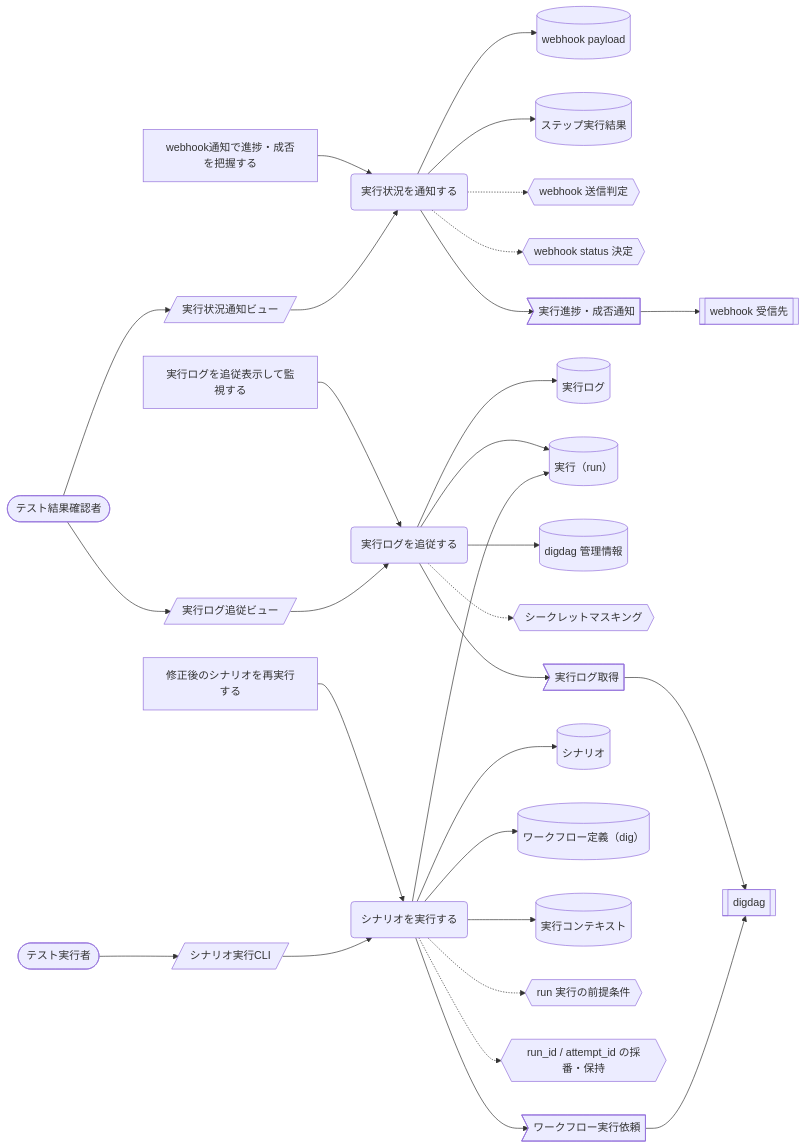
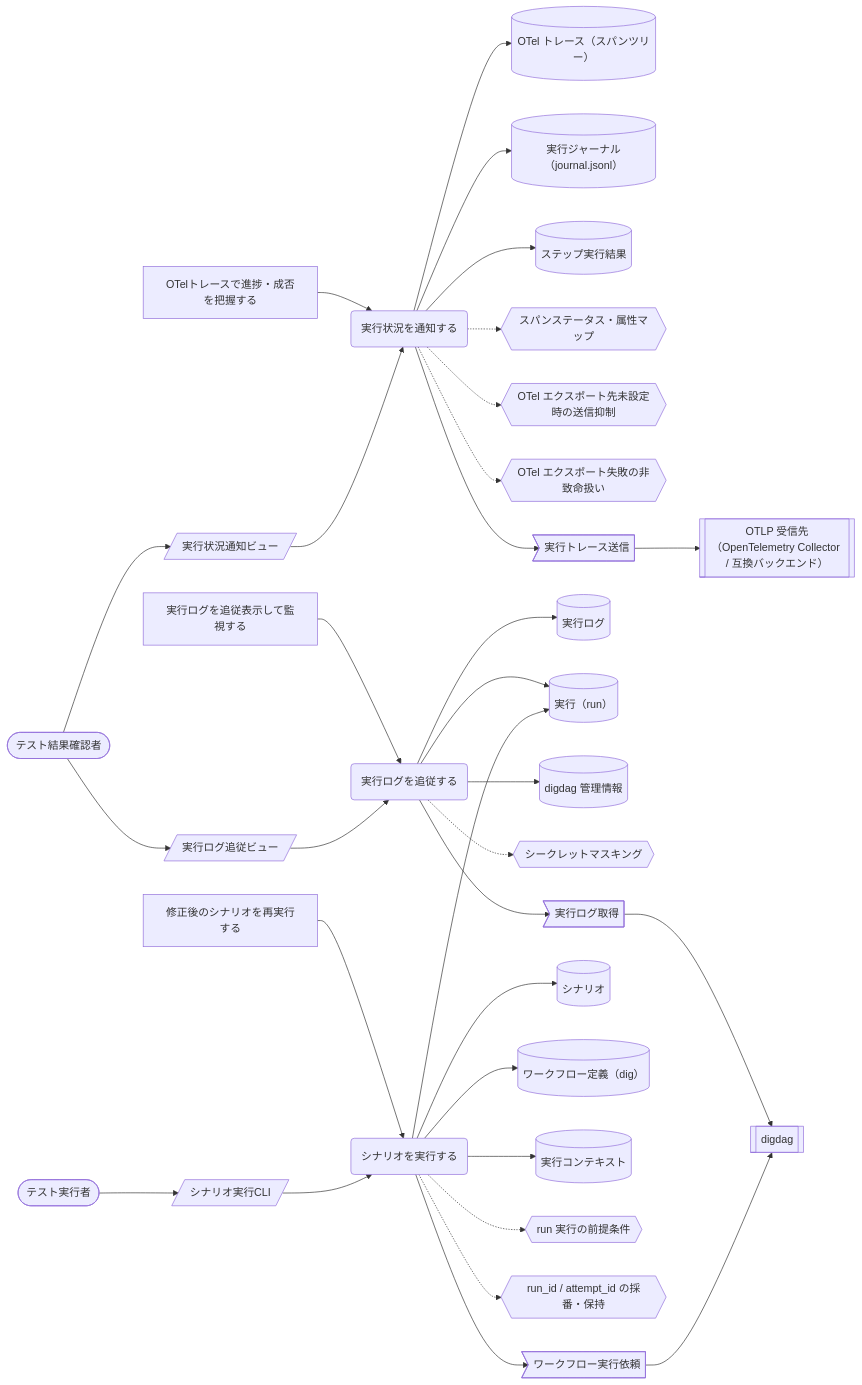
One commit to scenario-test-framework/stfw changed the ninth of 9 diagrams in docs/rdra/latest/views/04_UC複合図.md. Above: the diagram before and after it, drawn with Mermaid. The commit also changed other lines of this file and 26 other files, not shown here.

First line of the commit message:
docs(requirements): webhook 通知を OTel トレースに置換 (REQ-005→REQ-009/010)

````diff
--- a/docs/rdra/latest/views/04_UC複合図.md
+++ b/docs/rdra/latest/views/04_UC複合図.md
@@ -385,61 +383,65 @@
 ```mermaid
 graph LR
   UC1("実行状況を通知する")
-  AT1["webhook通知で進捗・成否を把握する"]
-  IF1[("webhook payload")]
-  IF2[("ステップ実行結果")]
-  CD1{{"webhook 送信判定"}}
-  CD2{{"webhook status 決定"}}
+  AT1["OTelトレースで進捗・成否を把握する"]
+  IF1[("OTel トレース（スパンツリー）")]
+  IF2[("実行ジャーナル（journal.jsonl）")]
+  IF3[("ステップ実行結果")]
+  CD1{{"スパンステータス・属性マップ"}}
+  CD2{{"OTel エクスポート先未設定時の送信抑制"}}
+  CD3{{"OTel エクスポート失敗の非致命扱い"}}
   SC1[/"実行状況通知ビュー"/]
   AC1(["テスト結果確認者"])
-  EV1>"実行進捗・成否通知"]
-  EX1[["webhook 受信先"]]
+  EV1>"実行トレース送信"]
+  EX1[["OTLP 受信先（OpenTelemetry Collector / 互換バックエンド）"]]
   UC2("実行ログを追従する")
   AT2["実行ログを追従表示して監視する"]
-  IF3[("実行ログ")]
-  IF4[("実行（run）")]
-  IF5[("digdag 管理情報")]
-  CD3{{"シークレットマスキング"}}
+  IF4[("実行ログ")]
+  IF5[("実行（run）")]
+  IF6[("digdag 管理情報")]
+  CD4{{"シークレットマスキング"}}
   SC2[/"実行ログ追従ビュー"/]
   EV2>"実行ログ取得"]
   EX2[["digdag"]]
   UC3("シナリオを実行する")
   AT3["修正後のシナリオを再実行する"]
-  IF6[("シナリオ")]
-  IF7[("ワークフロー定義（dig）")]
-  IF8[("実行コンテキスト")]
-  CD4{{"run 実行の前提条件"}}
-  CD5{{"run_id / attempt_id の採番・保持"}}
+  IF7[("シナリオ")]
+  IF8[("ワークフロー定義（dig）")]
+  IF9[("実行コンテキスト")]
+  CD5{{"run 実行の前提条件"}}
+  CD6{{"run_id / attempt_id の採番・保持"}}
   SC3[/"シナリオ実行CLI"/]
   AC2(["テスト実行者"])
   EV3>"ワークフロー実行依頼"]
   AT1 --> UC1
   UC1 --> IF1
   UC1 --> IF2
+  UC1 --> IF3
   UC1 -.-> CD1
   UC1 -.-> CD2
+  UC1 -.-> CD3
   AC1 --> SC1
   SC1 --> UC1
   UC1 --> EV1
   EV1 --> EX1
   AT2 --> UC2
-  UC2 --> IF3
   UC2 --> IF4
   UC2 --> IF5
-  UC2 -.-> CD3
+  UC2 --> IF6
+  UC2 -.-> CD4
   AC1 --> SC2
   SC2 --> UC2
   UC2 --> EV2
   EV2 --> EX2
   AT3 --> UC3
-  UC3 --> IF4
-  UC3 --> IF6
+  UC3 --> IF5
   UC3 --> IF7
   UC3 --> IF8
-  UC3 -.-> CD4
+  UC3 --> IF9
   UC3 -.-> CD5
+  UC3 -.-> CD6
   AC2 --> SC3
   SC3 --> UC3
   UC3 --> EV3
   EV3 --> EX2
 ```
````
